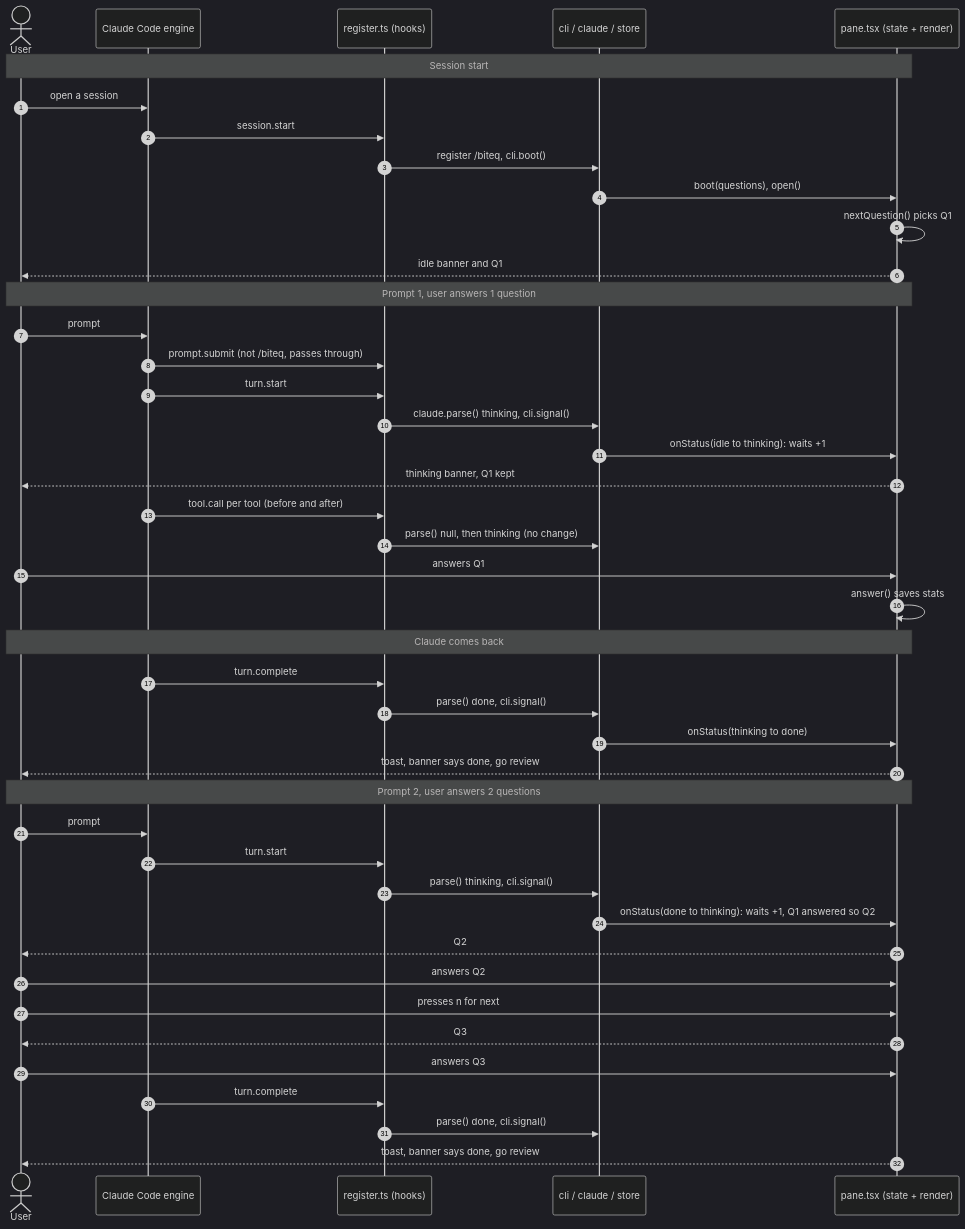
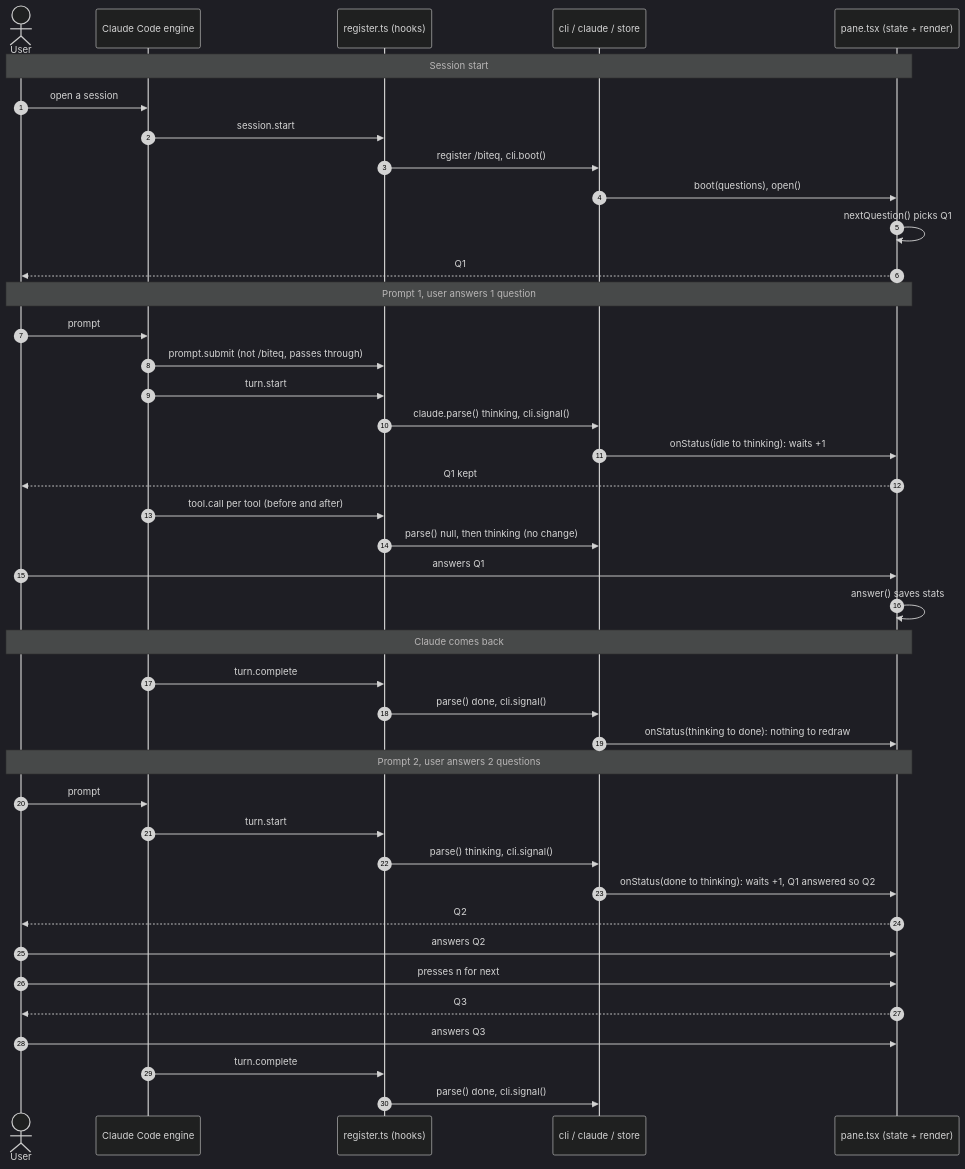
Before and after one commit to mingzew/biteq: the diagram in docs/flow.md, drawn with Mermaid (dark theme). The commit also changed other lines of this file and 17 other files, not shown here.

````diff
--- a/docs/flow.md
+++ b/docs/flow.md
@@ -26,49 +27,47 @@
 ```mermaid
 sequenceDiagram
     autonumber
     actor U as User
     participant C as Claude Code engine
     participant R as register.ts (hooks)
     participant M as cli / claude / store
     participant P as pane.tsx (state + render)
 
     Note over U,P: Session start
     U->>C: open a session
     C->>R: session.start
     R->>M: register /biteq, cli.boot()
     M->>P: boot(questions), open()
     P->>P: nextQuestion() picks Q1
-    P-->>U: idle banner and Q1
+    P-->>U: Q1
 
     Note over U,P: Prompt 1, user answers 1 question
     U->>C: prompt
     C->>R: prompt.submit (not /biteq, passes through)
     C->>R: turn.start
     R->>M: claude.parse() thinking, cli.signal()
     M->>P: onStatus(idle to thinking): waits +1
-    P-->>U: thinking banner, Q1 kept
+    P-->>U: Q1 kept
     C->>R: tool.call per tool (before and after)
     R->>M: parse() null, then thinking (no change)
     U->>P: answers Q1
     P->>P: answer() saves stats
 
     Note over U,P: Claude comes back
     C->>R: turn.complete
     R->>M: parse() done, cli.signal()
-    M->>P: onStatus(thinking to done)
-    P-->>U: toast, banner says done, go review
+    M->>P: onStatus(thinking to done): nothing to redraw
 
     Note over U,P: Prompt 2, user answers 2 questions
     U->>C: prompt
     C->>R: turn.start
     R->>M: parse() thinking, cli.signal()
     M->>P: onStatus(done to thinking): waits +1, Q1 answered so Q2
     P-->>U: Q2
     U->>P: answers Q2
     U->>P: presses n for next
     P-->>U: Q3
     U->>P: answers Q3
     C->>R: turn.complete
     R->>M: parse() done, cli.signal()
-    P-->>U: toast, banner says done, go review
 ```
````
